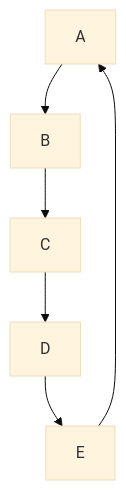
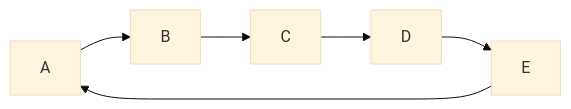
One commit to gothdawid/projektOpenBSD changed the diagram in README.md. Above: the diagram before and after it, drawn with Mermaid (base theme).

````diff
--- a/README.md
+++ b/README.md
@@ -251,8 +251,8 @@
 ```mermaid
-graph TD;
+graph LR;
     A-->B;
     B-->C;
 	C-->D;
 	D-->E;
 	E-->A;
 ```
````
